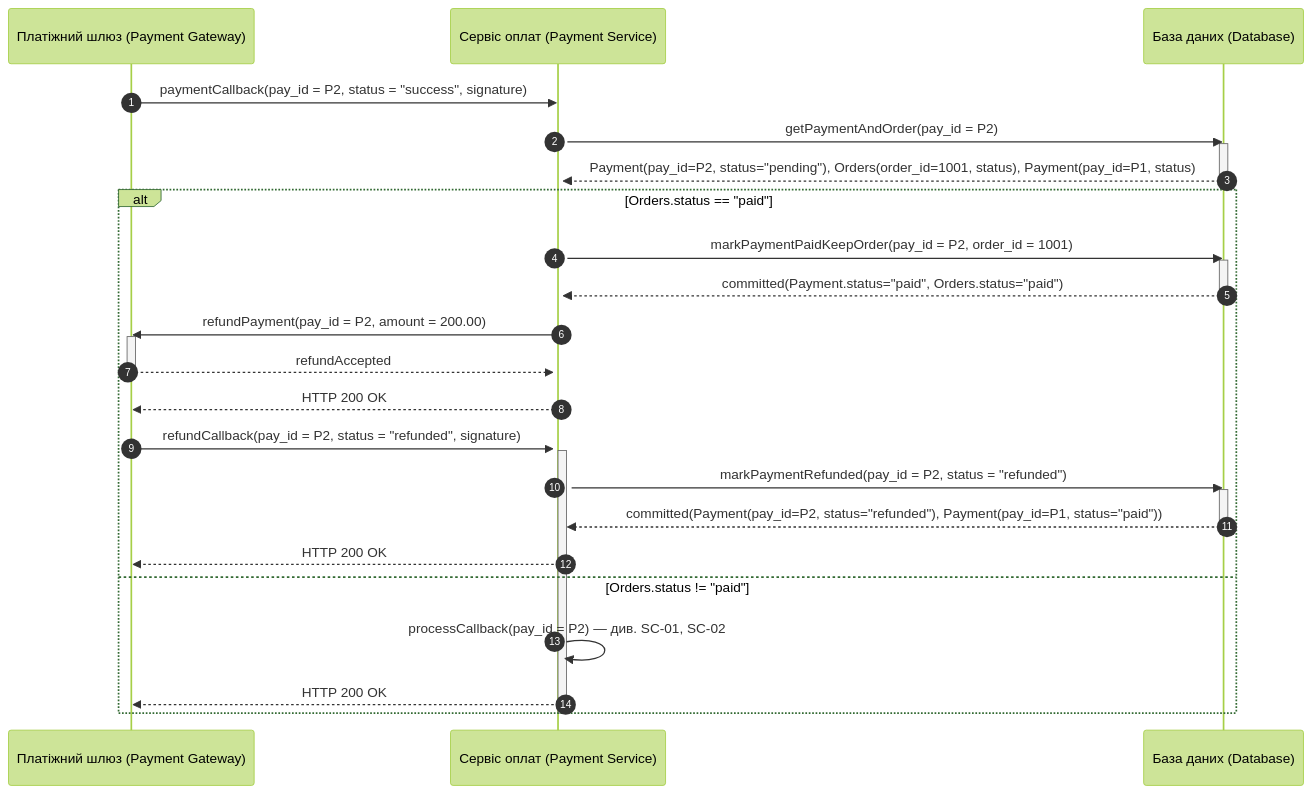
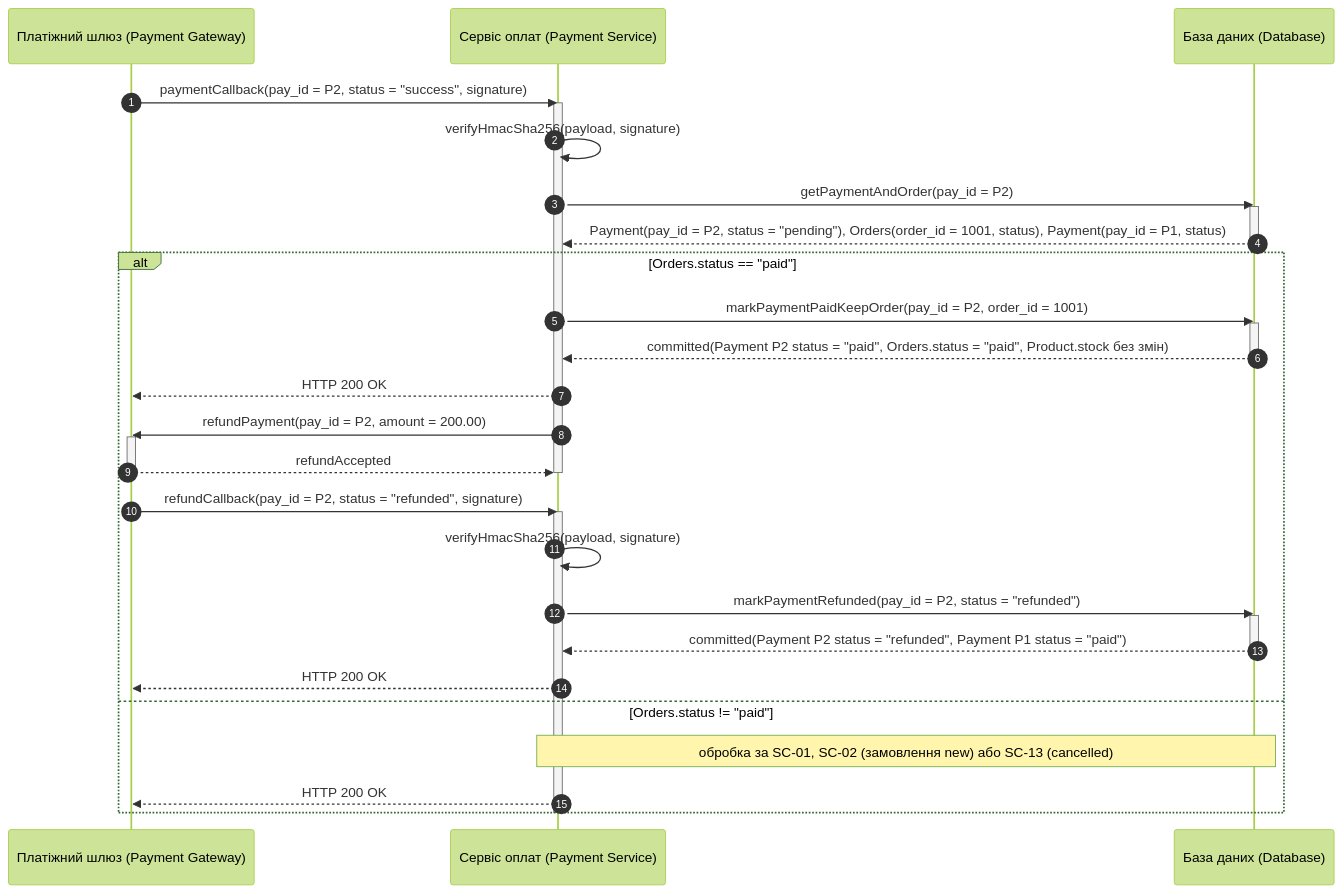
Diagram 14 of 15 in Lab3/diagram.md (hutnichs/KPI_MAVPZ), drawn with Mermaid (forest theme) before and after one commit. The commit also changed other lines of this file and 1 other file, not shown here.

Commit message:
Updated payment callback, error messages and prompt added

````diff
--- a/Lab3/diagram.md
+++ b/Lab3/diagram.md
@@ -503,37 +574,41 @@
 ```mermaid
 sequenceDiagram
     autonumber
     participant PGW as Платіжний шлюз (Payment Gateway)
     participant PS as Сервіс оплат (Payment Service)
     participant DB as База даних (Database)
 
     PGW->>PS: paymentCallback(pay_id = P2, status = "success", signature)
     activate PS
+    PS->>PS: verifyHmacSha256(payload, signature)
     PS->>DB: getPaymentAndOrder(pay_id = P2)
     activate DB
-    DB-->>PS: Payment(pay_id=P2, status="pending"), Orders(order_id=1001, status), Payment(pay_id=P1, status)
+    DB-->>PS: Payment(pay_id = P2, status = "pending"), Orders(order_id = 1001, status), Payment(pay_id = P1, status)
     deactivate DB
+
     alt Orders.status == "paid"
         PS->>DB: markPaymentPaidKeepOrder(pay_id = P2, order_id = 1001)
         activate DB
-        DB-->>PS: committed(Payment.status="paid", Orders.status="paid")
+        DB-->>PS: committed(Payment P2 status = "paid", Orders.status = "paid", Product.stock без змін)
         deactivate DB
+        PS-->>PGW: HTTP 200 OK
         PS->>PGW: refundPayment(pay_id = P2, amount = 200.00)
         activate PGW
         PGW-->>PS: refundAccepted
         deactivate PGW
-        PS-->>PGW: HTTP 200 OK
+        deactivate PS
 
         PGW->>PS: refundCallback(pay_id = P2, status = "refunded", signature)
         activate PS
+        PS->>PS: verifyHmacSha256(payload, signature)
         PS->>DB: markPaymentRefunded(pay_id = P2, status = "refunded")
         activate DB
-        DB-->>PS: committed(Payment(pay_id=P2, status="refunded"), Payment(pay_id=P1, status="paid"))
+        DB-->>PS: committed(Payment P2 status = "refunded", Payment P1 status = "paid")
         deactivate DB
         PS-->>PGW: HTTP 200 OK
     else Orders.status != "paid"
-        PS->>PS: processCallback(pay_id = P2) — див. SC-01, SC-02
+        Note over PS,DB: обробка за SC-01, SC-02 (замовлення new) або SC-13 (cancelled)
         PS-->>PGW: HTTP 200 OK
     end
     deactivate PS
 ```
````
